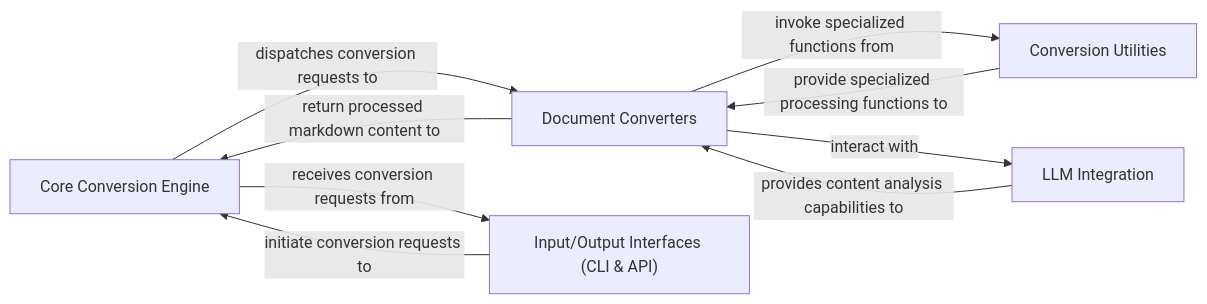
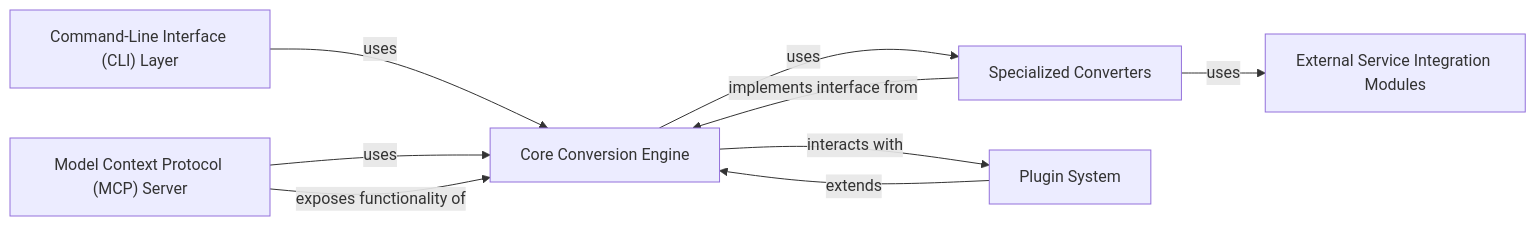
One commit to CodeBoarding/GeneratedOnBoardings changed the diagram in markitdown/on_boarding.md. Above: the diagram before and after it, drawn with Mermaid. The commit also changed other lines of this file, not shown here.

````diff
--- a/markitdown/on_boarding.md
+++ b/markitdown/on_boarding.md
@@ -1,16 +1,17 @@
 ```mermaid
 graph LR
     Core_Conversion_Engine["Core Conversion Engine"]
-    Document_Converters["Document Converters"]
-    Input_Output_Interfaces_CLI_API_["Input/Output Interfaces (CLI & API)"]
-    LLM_Integration["LLM Integration"]
-    Conversion_Utilities["Conversion Utilities"]
-    Core_Conversion_Engine -- "dispatches conversion requests to" --> Document_Converters
-    Core_Conversion_Engine -- "receives conversion requests from" --> Input_Output_Interfaces_CLI_API_
-    Document_Converters -- "return processed markdown content to" --> Core_Conversion_Engine
-    Document_Converters -- "invoke specialized functions from" --> Conversion_Utilities
-    Document_Converters -- "interact with" --> LLM_Integration
-    Input_Output_Interfaces_CLI_API_ -- "initiate conversion requests to" --> Core_Conversion_Engine
-    LLM_Integration -- "provides content analysis capabilities to" --> Document_Converters
-    Conversion_Utilities -- "provide specialized processing functions to" --> Document_Converters
+    Specialized_Converters["Specialized Converters"]
+    Command_Line_Interface_CLI_Layer["Command-Line Interface (CLI) Layer"]
+    Plugin_System["Plugin System"]
+    Model_Context_Protocol_MCP_Server["Model Context Protocol (MCP) Server"]
+    External_Service_Integration_Modules["External Service Integration Modules"]
+    Core_Conversion_Engine -- "uses" --> Specialized_Converters
+    Core_Conversion_Engine -- "interacts with" --> Plugin_System
+    Specialized_Converters -- "implements interface from" --> Core_Conversion_Engine
+    Specialized_Converters -- "uses" --> External_Service_Integration_Modules
+    Command_Line_Interface_CLI_Layer -- "uses" --> Core_Conversion_Engine
+    Model_Context_Protocol_MCP_Server -- "uses" --> Core_Conversion_Engine
+    Model_Context_Protocol_MCP_Server -- "exposes functionality of" --> Core_Conversion_Engine
+    Plugin_System -- "extends" --> Core_Conversion_Engine
 ```
````
